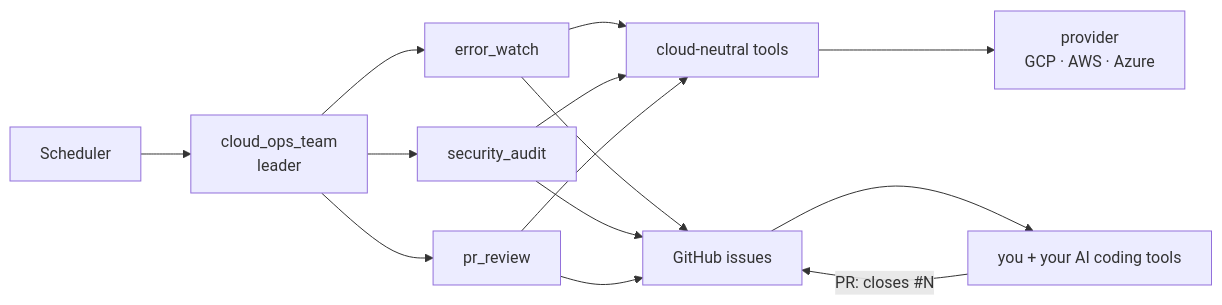
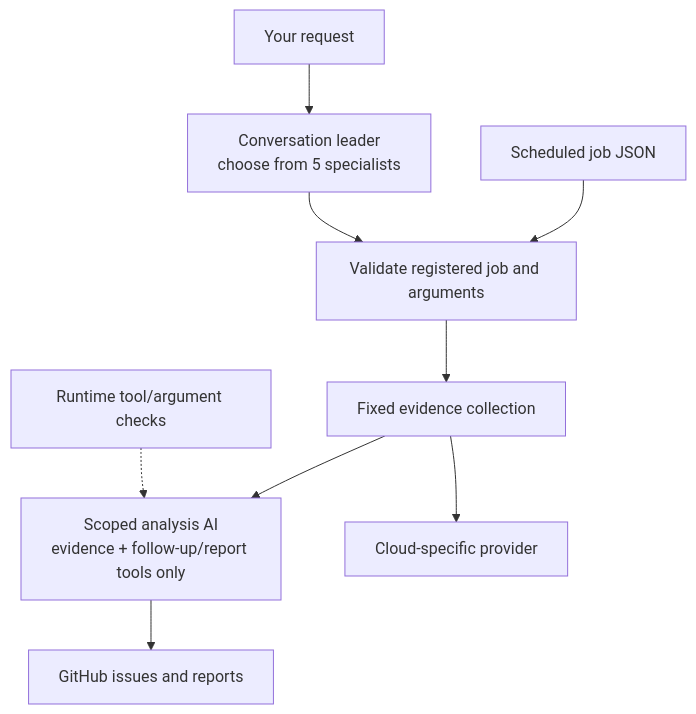
One commit to atsuki-sakai/cloud-ops-team changed the diagram in README.en.md. Above: the diagram before and after it, drawn with Mermaid. The commit also changed other lines of this file and 61 other files, not shown here.

````diff
--- a/README.en.md
+++ b/README.en.md
@@ -24,10 +31,11 @@
 ```mermaid
-flowchart LR
-    SCH["Scheduler"] --> ROOT["cloud_ops_team<br/>leader"]
-    ROOT --> EW["error_watch"] & SA["security_audit"] & PR["pr_review"]
-    EW & SA & PR --> TOOLS["cloud-neutral tools"]
-    TOOLS --> PROV["provider<br/>GCP · AWS · Azure"]
-    EW & SA & PR --> GH["GitHub issues"]
-    GH --> HUMAN["you + your AI coding tools"]
-    HUMAN -- "PR: closes #N" --> GH
+flowchart TB
+    SCH["Scheduled job JSON"] --> R["Validate registered job and arguments"]
+    Q["Your request"] --> L["Conversation leader<br/>choose from 5 specialists"]
+    L --> R
+    R --> C["Fixed evidence collection"]
+    C --> A["Scoped analysis AI<br/>evidence + follow-up/report tools only"]
+    C --> P["Cloud-specific provider"]
+    A --> G["GitHub issues and reports"]
+    S["Runtime tool/argument checks"] -.-> A
 ```
````
